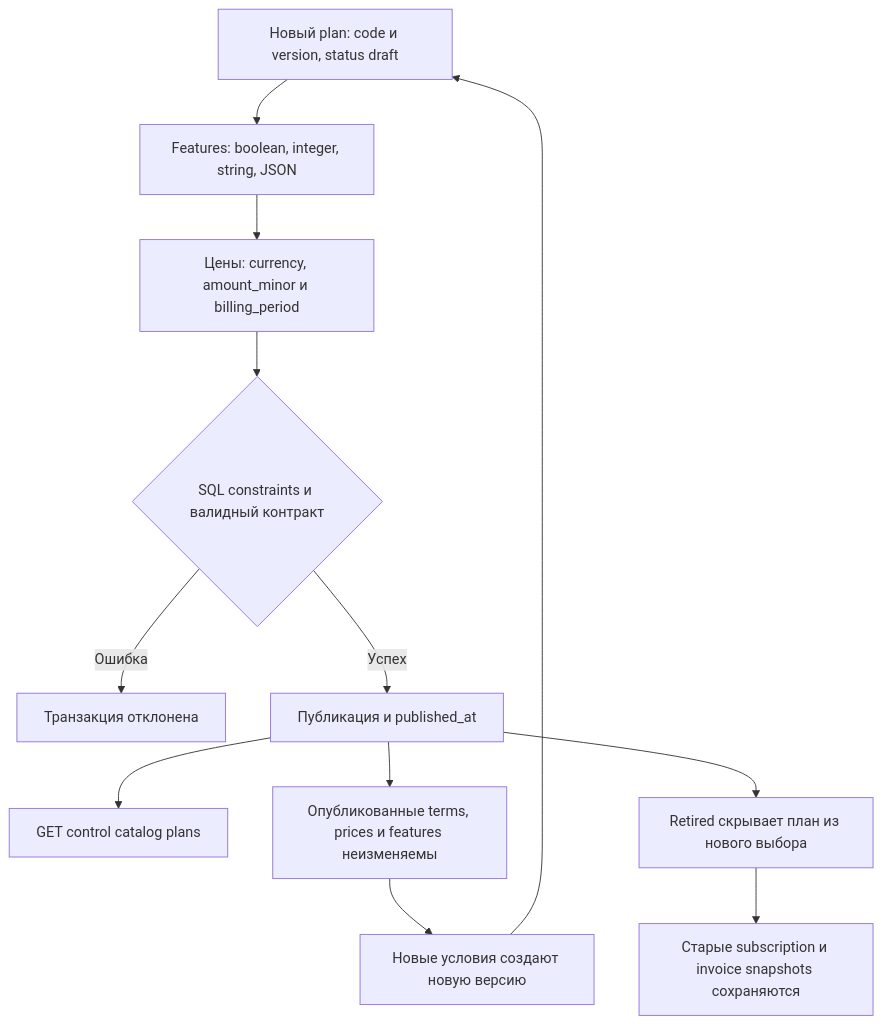
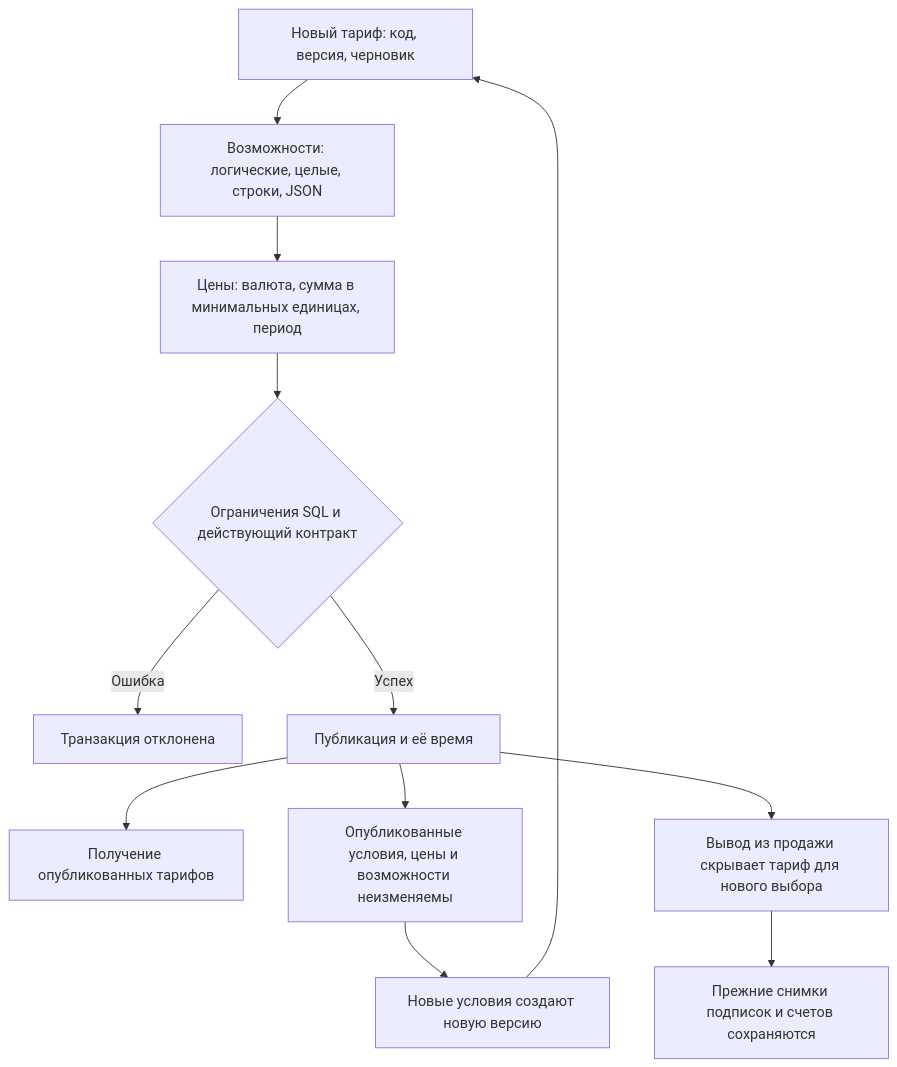
The diagram in docs/processes/05-catalog.mmd (YCleffo/Platform), drawn with Mermaid before and after one commit. The commit also changed 188 other files, not shown here.

```diff
--- a/docs/processes/05-catalog.mmd
+++ b/docs/processes/05-catalog.mmd
@@ -1,12 +1,12 @@
 flowchart TD
-  Draft[Новый plan: code и version, status draft] --> Features[Features: boolean, integer, string, JSON]
-  Features --> Prices[Цены: currency, amount_minor и billing_period]
-  Prices --> Checks{SQL constraints и валидный контракт}
+  Draft[Новый тариф: код, версия, черновик] --> Features[Возможности: логические, целые, строки, JSON]
+  Features --> Prices[Цены: валюта, сумма в минимальных единицах, период]
+  Prices --> Checks{Ограничения SQL и действующий контракт}
   Checks -->|Ошибка| Reject[Транзакция отклонена]
-  Checks -->|Успех| Publish[Публикация и published_at]
-  Publish --> Public[GET control catalog plans]
-  Publish --> Freeze[Опубликованные terms, prices и features неизменяемы]
+  Checks -->|Успех| Publish[Публикация и её время]
+  Publish --> Public[Получение опубликованных тарифов]
+  Publish --> Freeze[Опубликованные условия, цены и возможности неизменяемы]
   Freeze --> Version[Новые условия создают новую версию]
   Version --> Draft
-  Publish --> Retire[Retired скрывает план из нового выбора]
-  Retire --> History[Старые subscription и invoice snapshots сохраняются]
+  Publish --> Retire[Вывод из продажи скрывает тариф для нового выбора]
+  Retire --> History[Прежние снимки подписок и счетов сохраняются]
```
